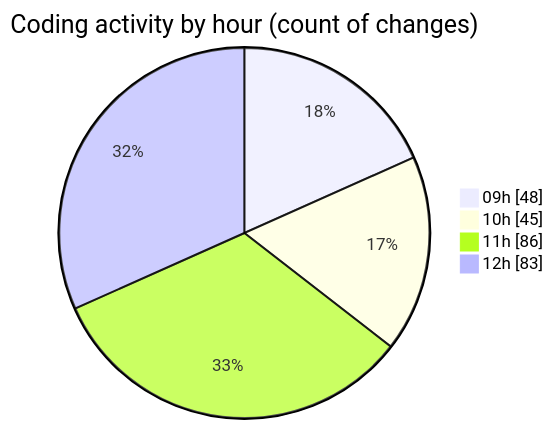
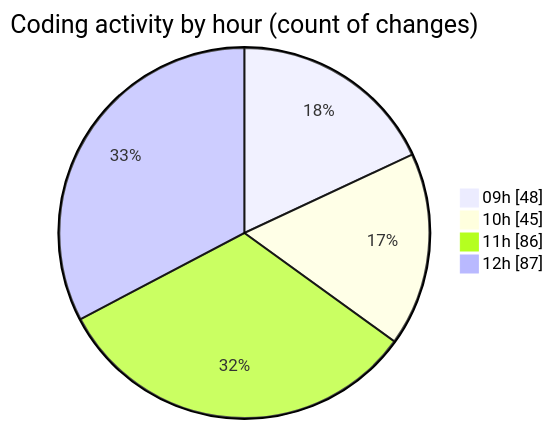
Before and after one commit to momahboobian/code-tracking: the second of 2 diagrams in 2025-03-14/cda/README.md, drawn with Mermaid. The commit also changed other lines of this file and 1 other file, not shown here.

````diff
--- a/2025-03-14/cda/README.md
+++ b/2025-03-14/cda/README.md
@@ -45,8 +45,8 @@
 ```mermaid
 pie showData
 title Coding activity by hour (count of changes)
 "09h" : 48
 "10h" : 45
 "11h" : 86
-"12h" : 83
+"12h" : 87
 ```
````
